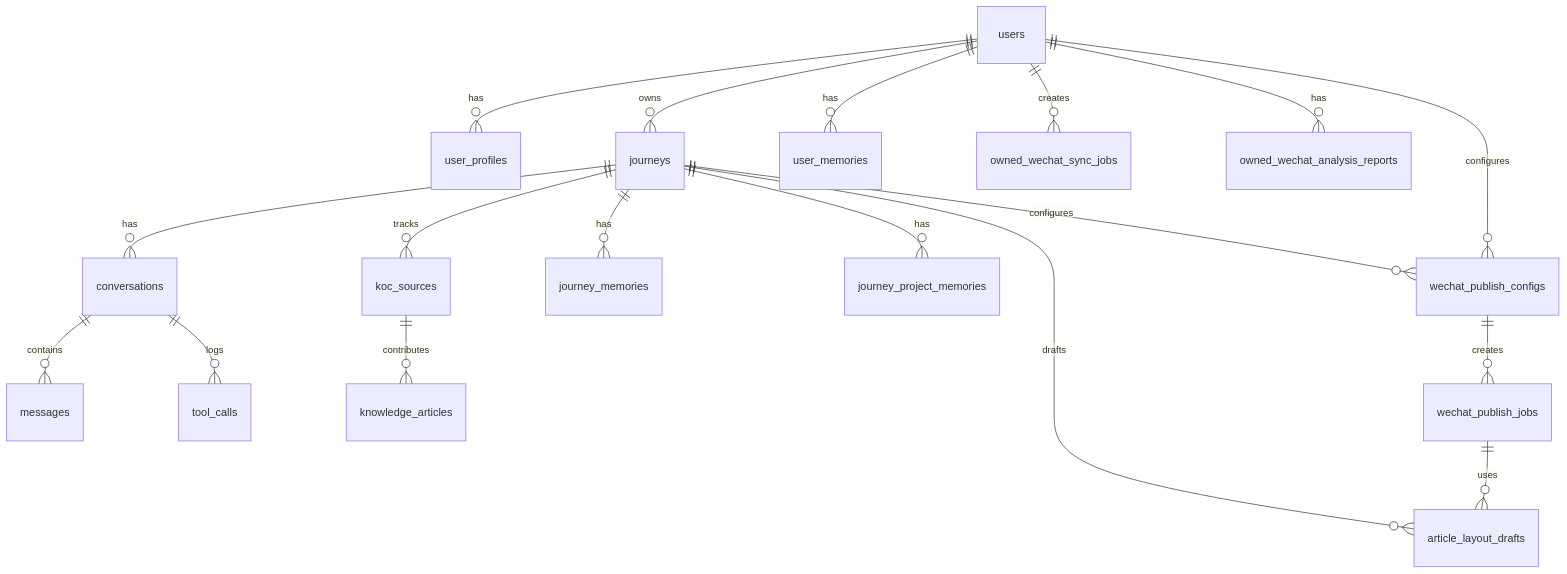
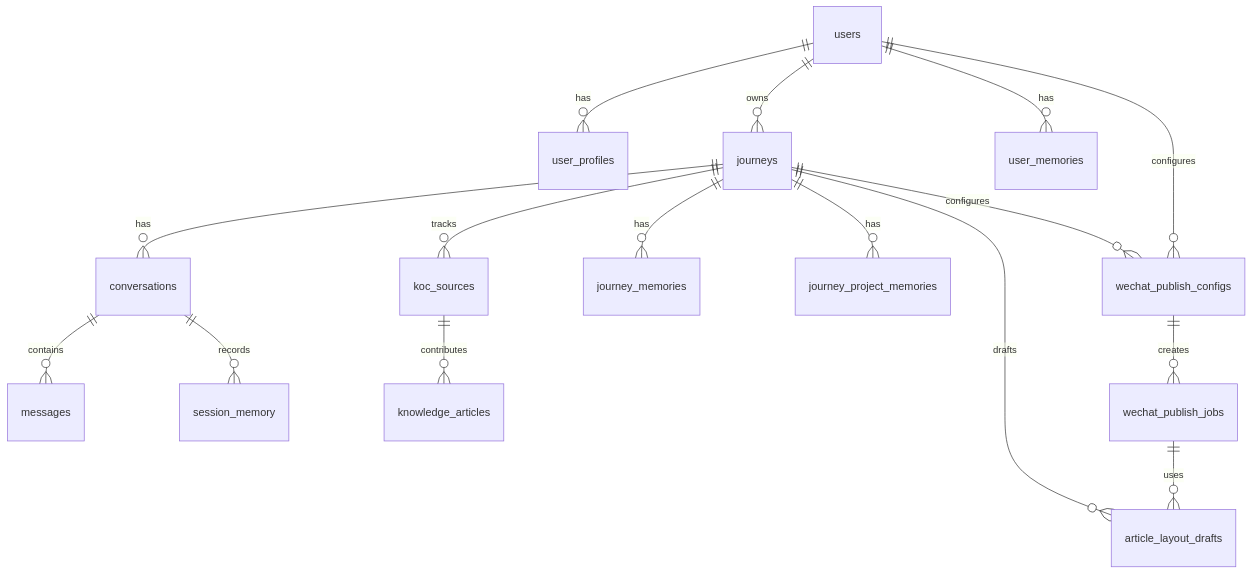
One commit to huangwenxuangod/niche changed the fourth of 11 diagrams in ARCHITECTURE.md. Above: the diagram before and after it, drawn with Mermaid. The commit also changed other lines of this file and 20 other files, not shown here.

````diff
--- a/ARCHITECTURE.md
+++ b/ARCHITECTURE.md
@@ -169,25 +169,22 @@
 ```mermaid
 erDiagram
     users ||--o{ user_profiles : has
     users ||--o{ journeys : owns
     users ||--o{ user_memories : has
 
     journeys ||--o{ conversations : has
     journeys ||--o{ koc_sources : tracks
     journeys ||--o{ journey_memories : has
     journeys ||--o{ journey_project_memories : has
     journeys ||--o{ article_layout_drafts : drafts
     journeys ||--o{ wechat_publish_configs : configures
 
     conversations ||--o{ messages : contains
-    conversations ||--o{ tool_calls : logs
+    conversations ||--o{ session_memory : records
 
     koc_sources ||--o{ knowledge_articles : contributes
 
     users ||--o{ wechat_publish_configs : configures
     wechat_publish_configs ||--o{ wechat_publish_jobs : creates
     wechat_publish_jobs ||--o{ article_layout_drafts : uses
-
-    users ||--o{ owned_wechat_sync_jobs : creates
-    users ||--o{ owned_wechat_analysis_reports : has
 ```
````
